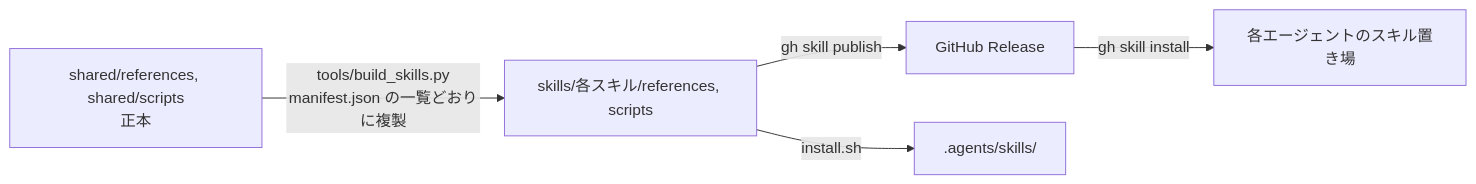
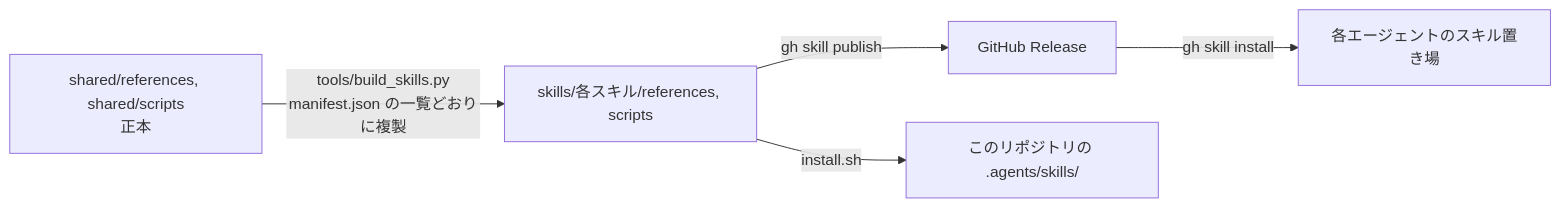
One commit to notfolder/isdd changed the fourth of 5 diagrams in README.md. Above: the diagram before and after it, drawn with Mermaid. The commit also changed other lines of this file and 10 other files, not shown here.

````diff
--- a/README.md
+++ b/README.md
@@ -168,7 +168,7 @@
 ```mermaid
 graph LR
     S[shared/references, shared/scripts<br>正本] -->|tools/build_skills.py<br>manifest.json の一覧どおりに複製| K[skills/各スキル/references, scripts]
     K -->|gh skill publish| G[GitHub Release]
-    K -->|install.sh| A[.agents/skills/]
+    K -->|install.sh| A[このリポジトリの .agents/skills/]
     G -->|gh skill install| A2[各エージェントのスキル置き場]
 ```
````
